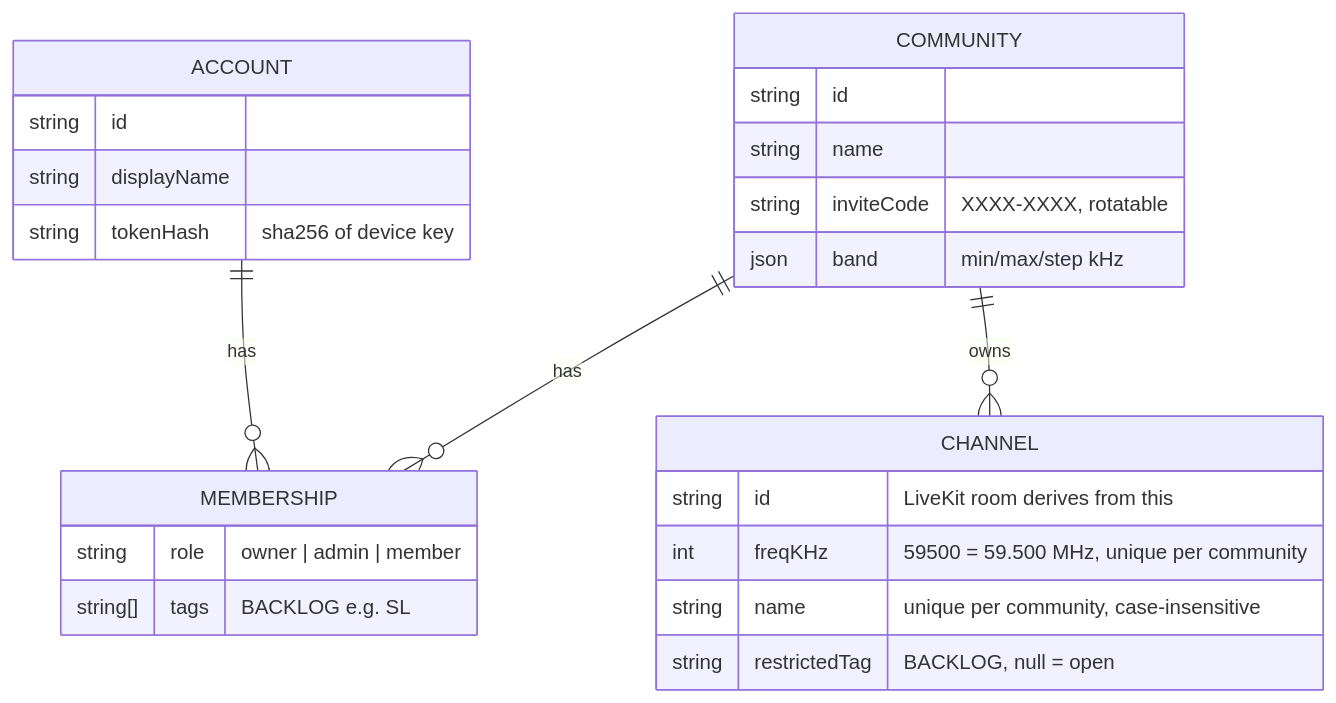
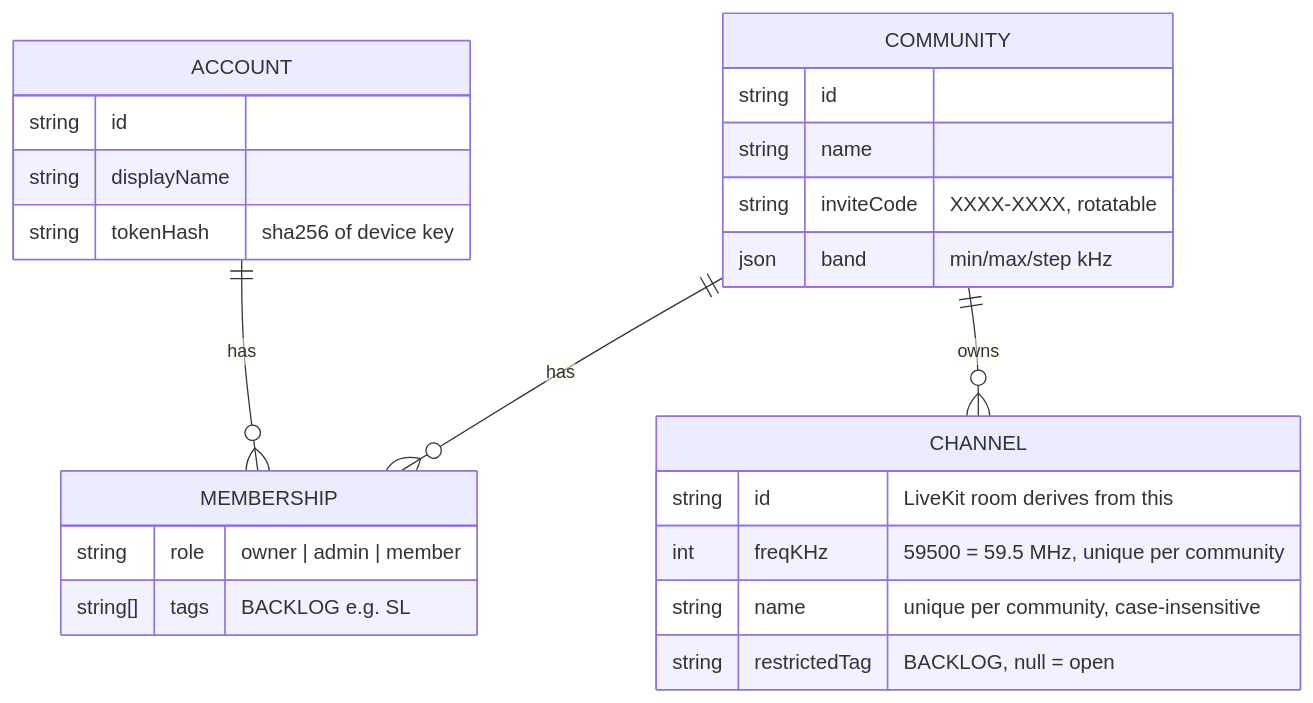
One commit to Tubss2/radio-net changed the first of 2 diagrams in docs/PLAN.md. Above: the diagram before and after it, drawn with Mermaid. The commit also changed other lines of this file and 61 other files, not shown here.

````diff
--- a/docs/PLAN.md
+++ b/docs/PLAN.md
@@ -22,27 +22,27 @@
 ```mermaid
 erDiagram
   ACCOUNT ||--o{ MEMBERSHIP : has
   COMMUNITY ||--o{ MEMBERSHIP : has
   COMMUNITY ||--o{ CHANNEL : owns
   ACCOUNT {
     string id
     string displayName
     string tokenHash "sha256 of device key"
   }
   COMMUNITY {
     string id
     string name
     string inviteCode "XXXX-XXXX, rotatable"
     json band "min/max/step kHz"
   }
   MEMBERSHIP {
     string role "owner | admin | member"
     string[] tags "BACKLOG e.g. SL"
   }
   CHANNEL {
     string id "LiveKit room derives from this"
-    int freqKHz "59500 = 59.500 MHz, unique per community"
+    int freqKHz "59500 = 59.5 MHz, unique per community"
     string name "unique per community, case-insensitive"
     string restrictedTag "BACKLOG, null = open"
   }
 ```
````
